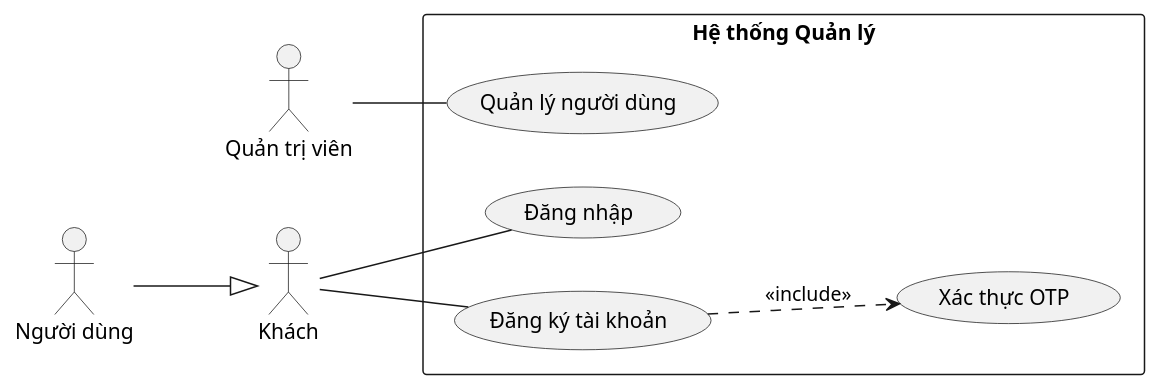
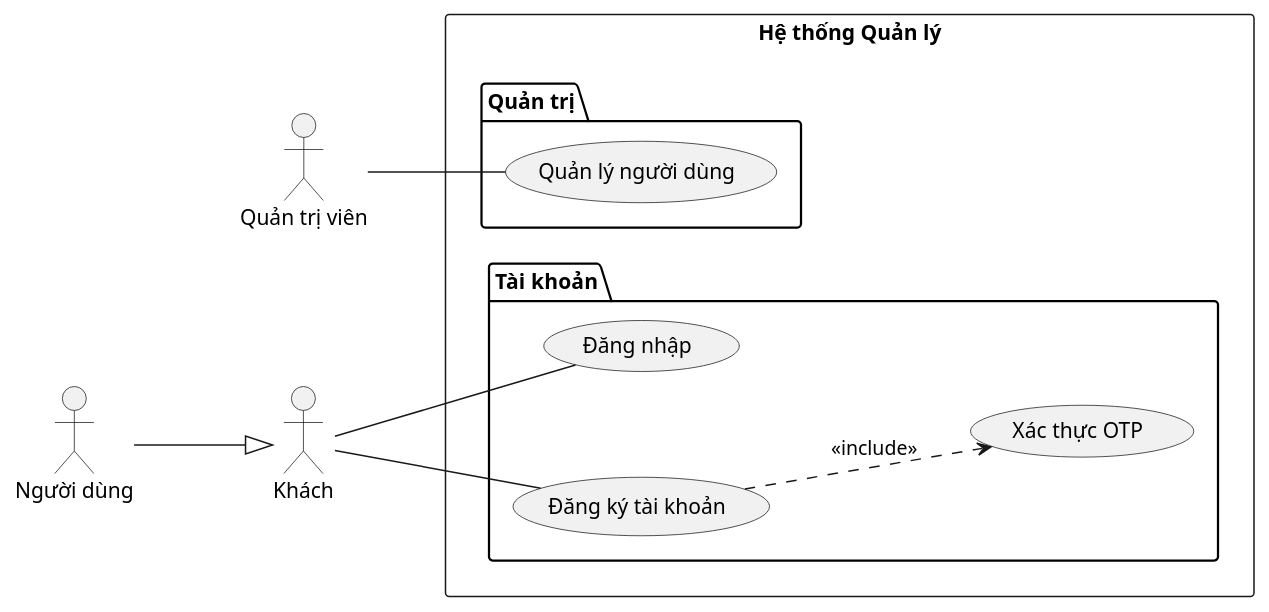
The second of 5 diagrams in .claude/skills/plantuml-diagrams/SKILL.md (kh4i-dev/sp-agent), drawn with PlantUML before and after one commit. The commit also changed other lines of this file and 1271 other files, not shown here.

````diff
--- a/.claude/skills/plantuml-diagrams/SKILL.md
+++ b/.claude/skills/plantuml-diagrams/SKILL.md
@@ -53,25 +182,31 @@
 ```plantuml
 @startuml
 left to right direction
 skinparam monochrome true
 skinparam shadowing false
+skinparam nodesep 70
+skinparam ranksep 70
 
 actor "Khách" as Guest
 actor "Người dùng" as User
 actor "Quản trị viên" as Admin
 
 User --|> Guest
 
 rectangle "Hệ thống Quản lý" {
-  usecase "Đăng nhập" as UC_Login
-  usecase "Đăng ký tài khoản" as UC_Register
-  usecase "Xác thực OTP" as UC_OTP
-  usecase "Quản lý người dùng" as UC_AdminUsers
+  package "Tài khoản" {
+    usecase "Đăng nhập" as UC_Login
+    usecase "Đăng ký tài khoản" as UC_Register
+    usecase "Xác thực OTP" as UC_OTP
+  }
+  package "Quản trị" {
+    usecase "Quản lý người dùng" as UC_AdminUsers
+  }
 }
 
 Guest -- UC_Register
 Guest -- UC_Login
 Admin -- UC_AdminUsers
 UC_Register ..> UC_OTP : <<include>>
 @enduml
 ```
````
